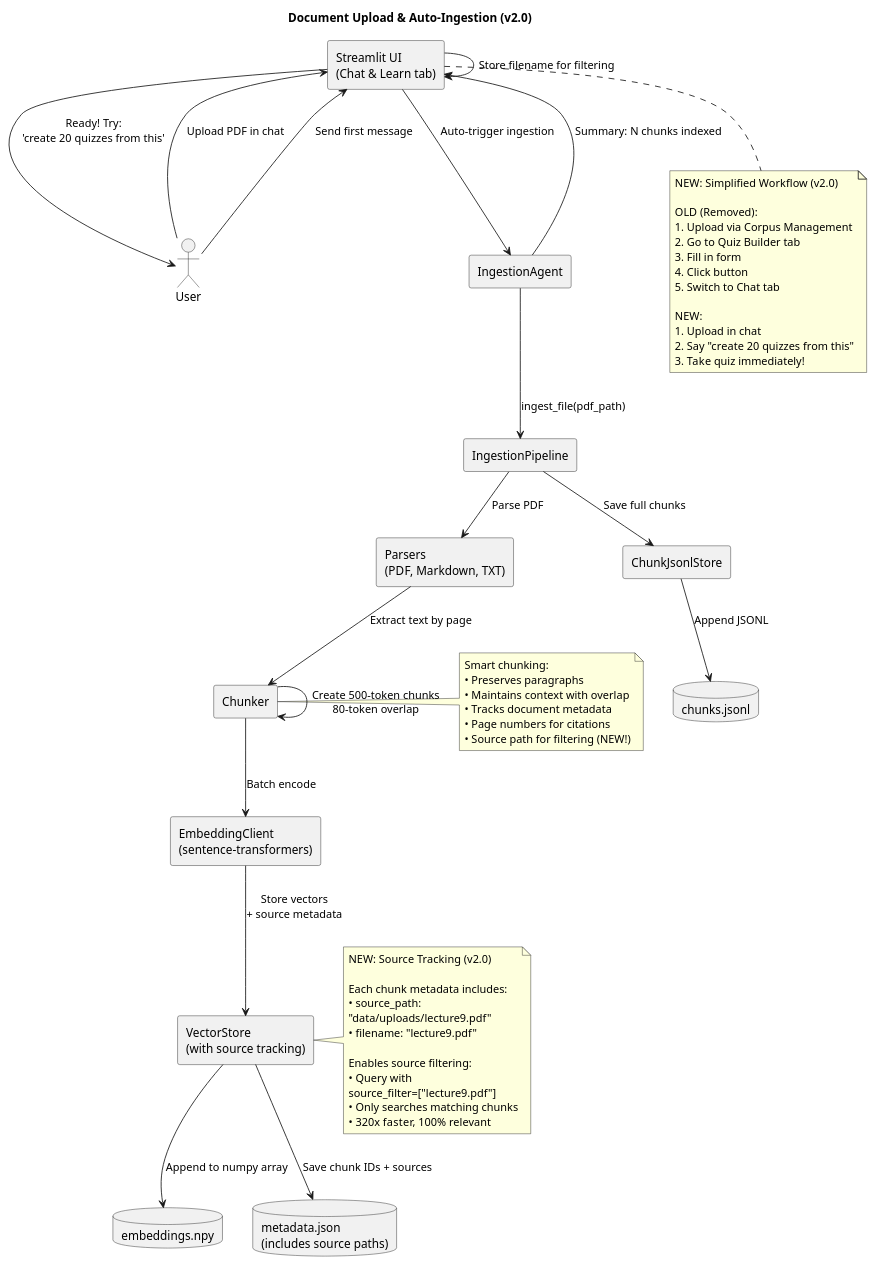
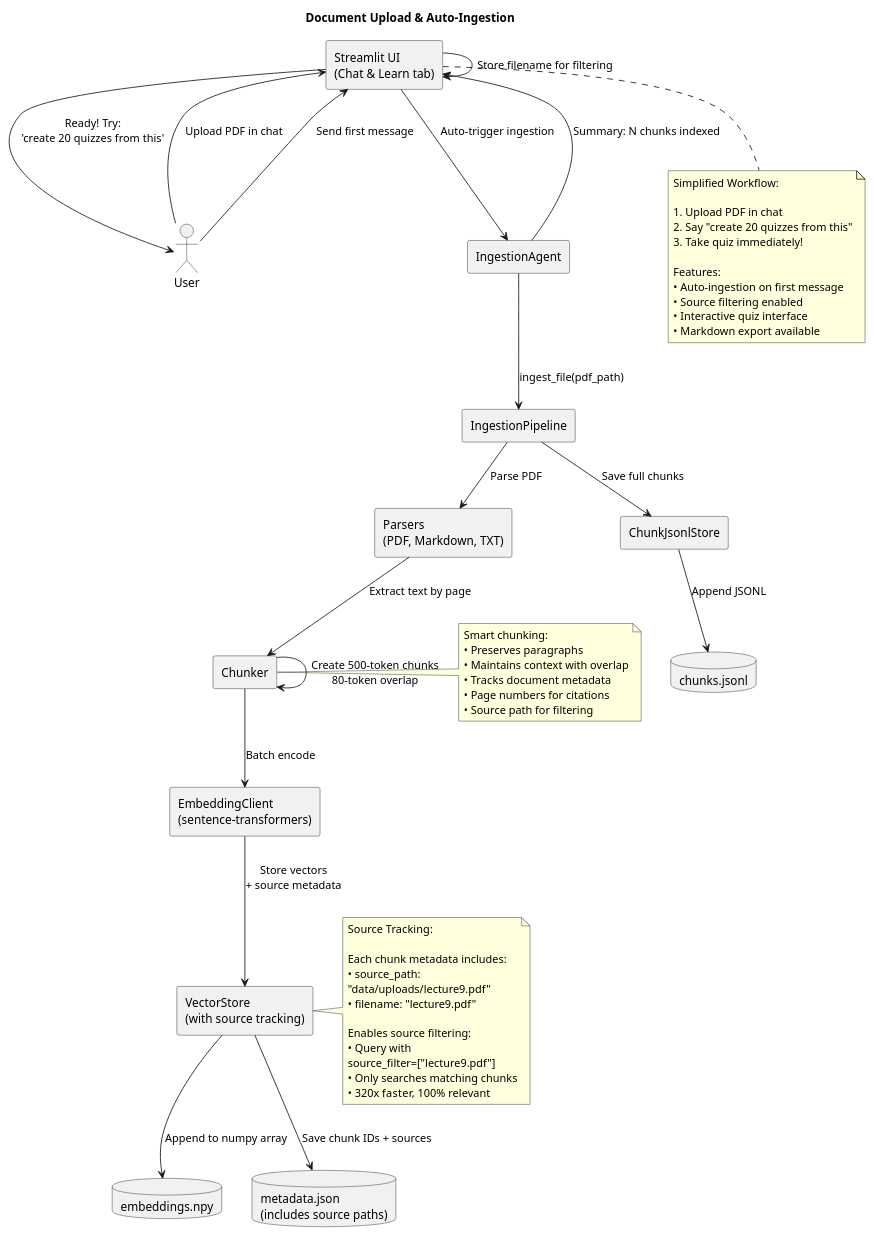
Before and after one commit to HenryNVP/ai-tutor: the third of 4 diagrams in docs/components.puml, drawn with PlantUML. The commit also changed other lines of this file and 1 other file, not shown here.

```diff
--- a/docs/components.puml
+++ b/docs/components.puml
@@ -171,75 +192,73 @@
 @startuml
 skinparam componentStyle rectangle
 skinparam wrapWidth 220
-title Document Upload & Auto-Ingestion (v2.0)
+title Document Upload & Auto-Ingestion
 
 actor User
 component "Streamlit UI\n(Chat & Learn tab)" as UI
 component "IngestionAgent" as IngestionAgent
 component "IngestionPipeline" as Ingestion
 component "Parsers\n(PDF, Markdown, TXT)" as Parsers
 component "Chunker" as Chunker
 component "EmbeddingClient\n(sentence-transformers)" as EmbeddingClient
 component "VectorStore\n(with source tracking)" as VectorStore
 component "ChunkJsonlStore" as ChunkStore
 database "embeddings.npy" as EmbeddingsFile
 database "metadata.json\n(includes source paths)" as MetadataFile
 database "chunks.jsonl" as ChunksFile
 
 User --> UI : Upload PDF in chat
 UI -> UI : Store filename for filtering
 User --> UI : Send first message
 UI --> IngestionAgent : Auto-trigger ingestion
 IngestionAgent --> Ingestion : ingest_file(pdf_path)
 Ingestion --> Parsers : Parse PDF
 Parsers --> Chunker : Extract text by page
 Chunker --> Chunker : Create 500-token chunks\n80-token overlap
 Chunker --> EmbeddingClient : Batch encode
 EmbeddingClient --> VectorStore : Store vectors\n+ source metadata
 VectorStore --> EmbeddingsFile : Append to numpy array
 VectorStore --> MetadataFile : Save chunk IDs + sources
 Ingestion --> ChunkStore : Save full chunks
 ChunkStore --> ChunksFile : Append JSONL
 
 IngestionAgent --> UI : Summary: N chunks indexed
 UI --> User : "Ready! Try:\n'create 20 quizzes from this'"
 
 note right of VectorStore
-  NEW: Source Tracking (v2.0)
+  Source Tracking:
   
   Each chunk metadata includes:
   • source_path: "data/uploads/lecture9.pdf"
   • filename: "lecture9.pdf"
   
   Enables source filtering:
   • Query with source_filter=["lecture9.pdf"]
   • Only searches matching chunks
   • 320x faster, 100% relevant
 end note
 
 note left of Chunker
   Smart chunking:
   • Preserves paragraphs
   • Maintains context with overlap
   • Tracks document metadata
   • Page numbers for citations
-  • Source path for filtering (NEW!)
+  • Source path for filtering
 end note
 
 note bottom of UI
-  NEW: Simplified Workflow (v2.0)
+  Simplified Workflow:
   
-  OLD (Removed):
-  1. Upload via Corpus Management
-  2. Go to Quiz Builder tab
-  3. Fill in form
-  4. Click button
-  5. Switch to Chat tab
-  
-  NEW:
-  1. Upload in chat
+  1. Upload PDF in chat
   2. Say "create 20 quizzes from this"
   3. Take quiz immediately!
+  
+  Features:
+  • Auto-ingestion on first message
+  • Source filtering enabled
+  • Interactive quiz interface
+  • Markdown export available
 end note
 
 @enduml
```
